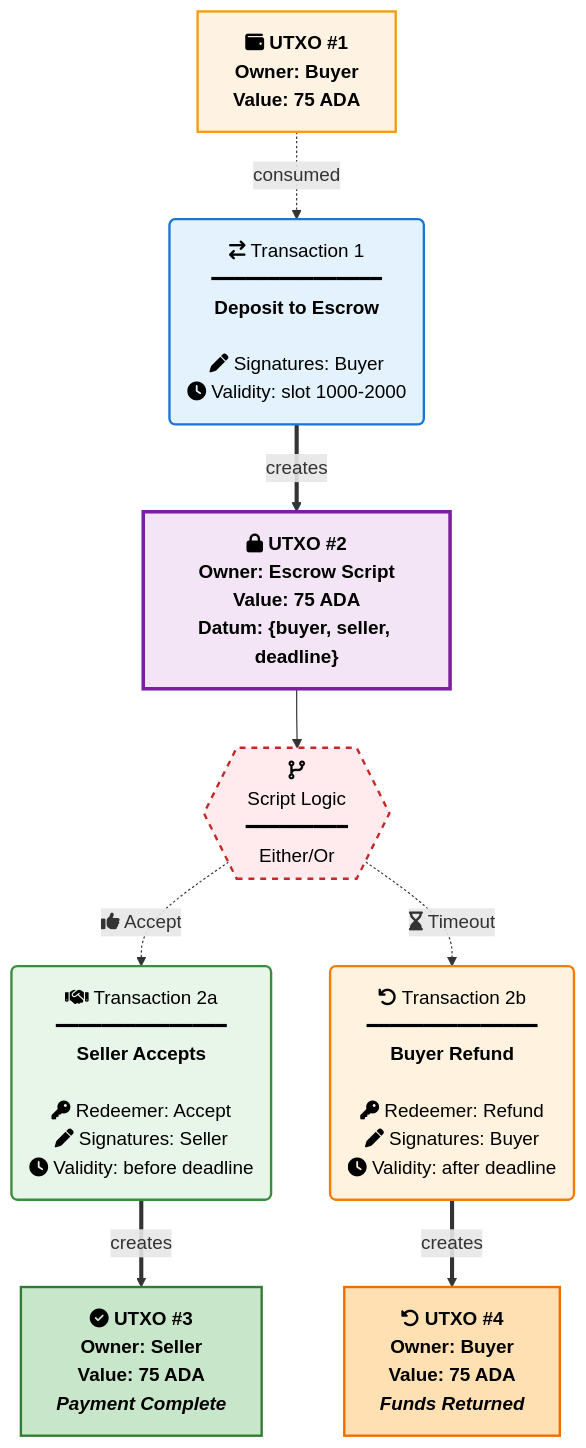
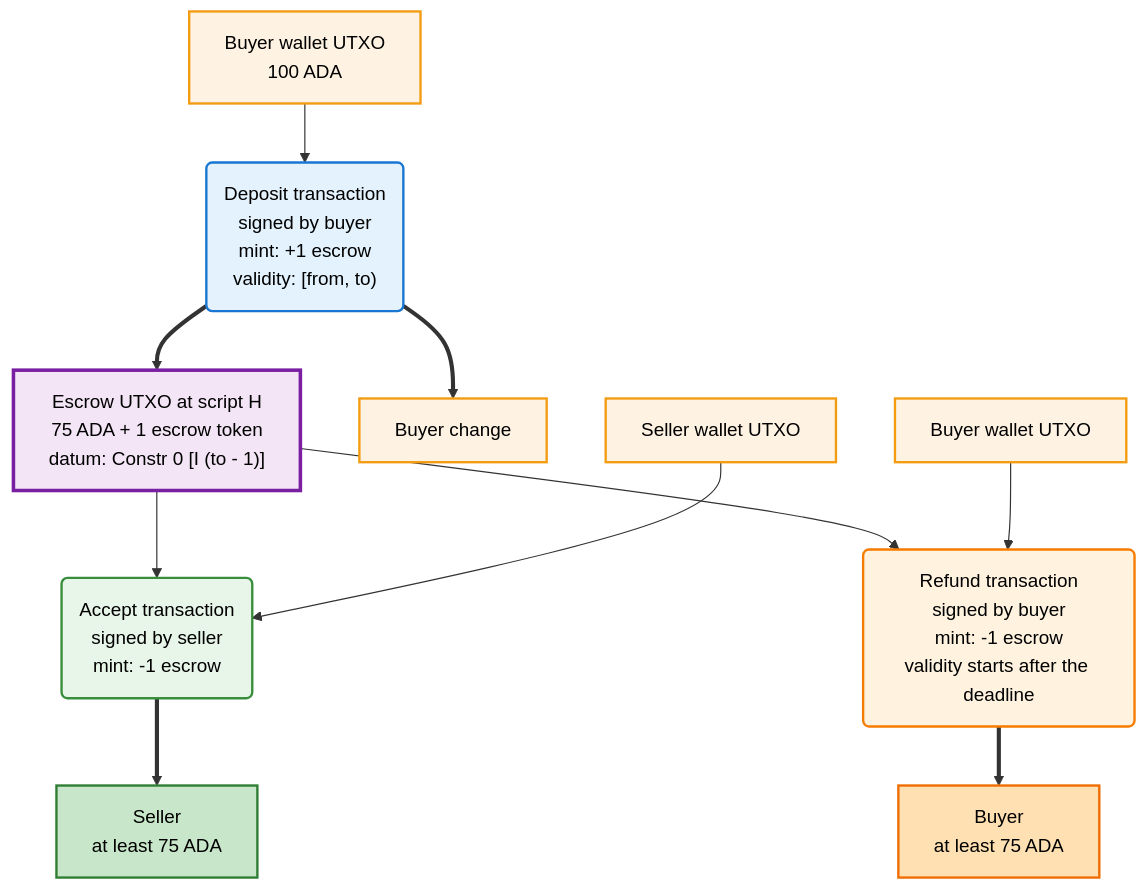
Before and after one commit to IntersectMBO/UPLC-CAPE: the second of 2 diagrams in scenarios/two_party_escrow/two_party_escrow.md, drawn with Mermaid. The commit also changed other lines of this file and 58 other files, not shown here.

First line of the commit message:
two_party_escrow: revision 2, the deposit mints a thread token (#275)

````diff
--- a/scenarios/two_party_escrow/two_party_escrow.md
+++ b/scenarios/two_party_escrow/two_party_escrow.md
@@ -105,53 +90,31 @@
 ```mermaid
-graph
-    %% Initial UTXO owned by Buyer
-    UTXO1["fa:fa-wallet UTXO #1<br/>Owner: Buyer<br/>Value: 75 ADA"]:::utxo
+graph TD
+    W1["Buyer wallet UTXO<br/>100 ADA"]:::utxo
+    TX1("Deposit transaction<br/>signed by buyer<br/>mint: +1 escrow<br/>validity: [from, to)"):::transaction
+    E["Escrow UTXO at script H<br/>75 ADA + 1 escrow token<br/>datum: Constr 0 [I (to - 1)]"]:::escrowUtxo
+    C1["Buyer change"]:::utxo
+    W2["Seller wallet UTXO"]:::utxo
+    W3["Buyer wallet UTXO"]:::utxo
+    TX2A("Accept transaction<br/>signed by seller<br/>mint: -1 escrow"):::acceptTx
+    TX2B("Refund transaction<br/>signed by buyer<br/>mint: -1 escrow<br/>validity starts after the deadline"):::refundTx
+    S["Seller<br/>at least 75 ADA"]:::successUtxo
+    B["Buyer<br/>at least 75 ADA"]:::refundedUtxo
 
-    %% Transaction 1: Deposit to Escrow
-    TX1("fa:fa-exchange Transaction 1<br/>━━━━━━━━━━━━━━━<br/><b>Deposit to Escrow</b><br/><br/>fa:fa-pen Signatures: Buyer<br/>fa:fa-clock Validity: slot 1000-2000"):::transaction
+    W1 --> TX1
+    TX1 ==> E
+    TX1 ==> C1
+    E --> TX2A
+    W2 --> TX2A
+    TX2A ==> S
+    E --> TX2B
+    W3 --> TX2B
+    TX2B ==> B
 
-    %% Escrow UTXO with lock icon
-    UTXO2["fa:fa-lock UTXO #2<br/><b>Owner: Escrow Script</b><br/>Value: 75 ADA<br/>Datum: {buyer, seller, deadline}"]:::escrowUtxo
-
-    %% Branch indicator
-    CHOICE{{"fa:fa-code-branch<br/>Script Logic<br/>━━━━━━━━━<br/>Either/Or"}}:::choice
-
-    %% Transaction 2a: Seller Accepts
-    TX2A("fa:fa-handshake Transaction 2a<br/>━━━━━━━━━━━━━━━<br/><b>Seller Accepts</b><br/><br/>fa:fa-key Redeemer: Accept<br/>fa:fa-pen Signatures: Seller<br/>fa:fa-clock Validity: before deadline"):::acceptTx
-
-    %% Transaction 2b: Buyer Refund
-    TX2B("fa:fa-undo Transaction 2b<br/>━━━━━━━━━━━━━━━<br/><b>Buyer Refund</b><br/><br/>fa:fa-key Redeemer: Refund<br/>fa:fa-pen Signatures: Buyer<br/>fa:fa-clock Validity: after deadline"):::refundTx
-
-    %% Final UTXOs
-    UTXO3["fa:fa-check-circle UTXO #3<br/>Owner: Seller<br/>Value: 75 ADA<br/><i>Payment Complete</i>"]:::successUtxo
-    UTXO4["fa:fa-rotate-left UTXO #4<br/>Owner: Buyer<br/>Value: 75 ADA<br/><i>Funds Returned</i>"]:::refundedUtxo
-
-    %% Connections with proper flow
-    UTXO1 -.->|consumed| TX1
-    TX1 ==>|creates| UTXO2
-    UTXO2 --> CHOICE
-    CHOICE -.->|"fa:fa-thumbs-up Accept"| TX2A
-    CHOICE -.->|"fa:fa-hourglass-end Timeout"| TX2B
-    TX2A ==>|creates| UTXO3
-    TX2B ==>|creates| UTXO4
-
-    %% Define styles with modern colors
-    classDef utxo fill:#fef3e2,stroke:#f39c12,stroke-width:2px,color:#000,font-weight:bold
+    classDef utxo fill:#fef3e2,stroke:#f39c12,stroke-width:2px,color:#000
     classDef transaction fill:#e3f2fd,stroke:#1976d2,stroke-width:2px,color:#000
-    classDef escrowUtxo fill:#f3e5f5,stroke:#7b1fa2,stroke-width:3px,color:#000,font-weight:bold
-    classDef choice fill:#ffebee,stroke:#c62828,stroke-width:2px,stroke-dasharray:5 5,color:#000
+    classDef escrowUtxo fill:#f3e5f5,stroke:#7b1fa2,stroke-width:3px,color:#000
     classDef acceptTx fill:#e8f5e9,stroke:#388e3c,stroke-width:2px,color:#000
     classDef refundTx fill:#fff3e0,stroke:#f57c00,stroke-width:2px,color:#000
-    classDef successUtxo fill:#c8e6c9,stroke:#2e7d32,stroke-width:2px,color:#000,font-weight:bold
-    classDef refundedUtxo fill:#ffe0b2,stroke:#ef6c00,stroke-width:2px,color:#000,font-weight:bold
-
-    %% Apply classes
-    class UTXO1 utxo
-    class TX1 transaction
-    class UTXO2 escrowUtxo
-    class CHOICE choice
-    class TX2A acceptTx
-    class TX2B refundTx
-    class UTXO3 successUtxo
-    class UTXO4 refundedUtxo
+    classDef successUtxo fill:#c8e6c9,stroke:#2e7d32,stroke-width:2px,color:#000
+    classDef refundedUtxo fill:#ffe0b2,stroke:#ef6c00,stroke-width:2px,color:#000
 ```
````
